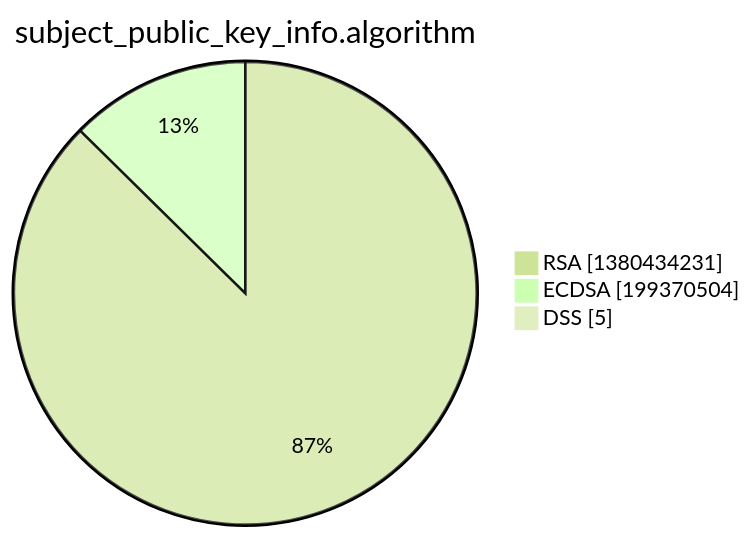
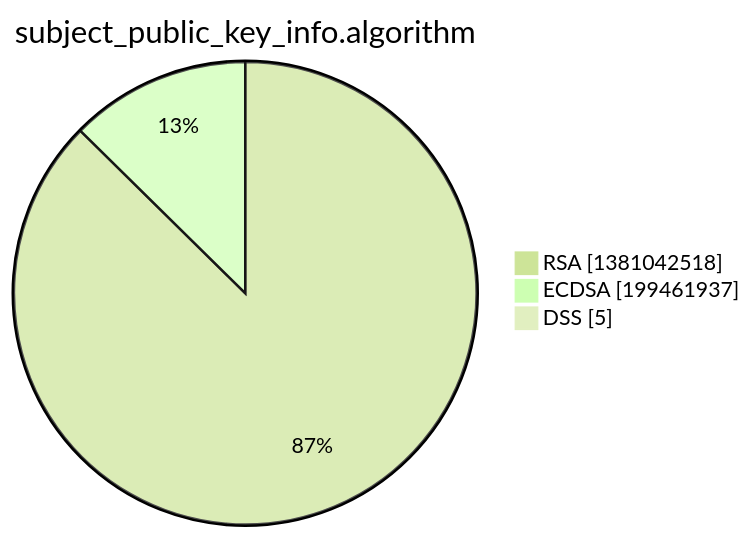
Before and after one commit to christiankrug/ctmonitor_visualization: the third of 15 diagrams in xenon2022/README.md, drawn with Mermaid (forest theme). The commit also changed other lines of this file, not shown here.

````diff
--- a/xenon2022/README.md
+++ b/xenon2022/README.md
@@ -14,7 +14,7 @@
 ```mermaid
 pie showData
 title subject_public_key_info.algorithm
-"RSA" :1380434231
-"ECDSA" :199370504
+"RSA" :1381042518
+"ECDSA" :199461937
 "DSS" :5
 ```
````
